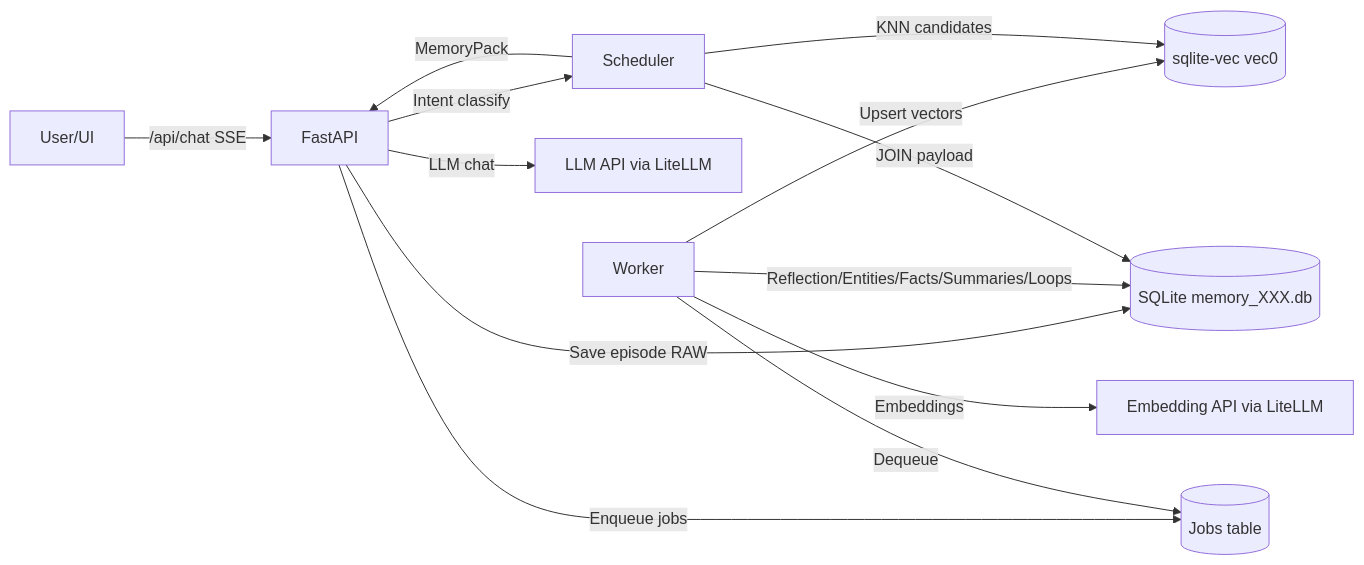
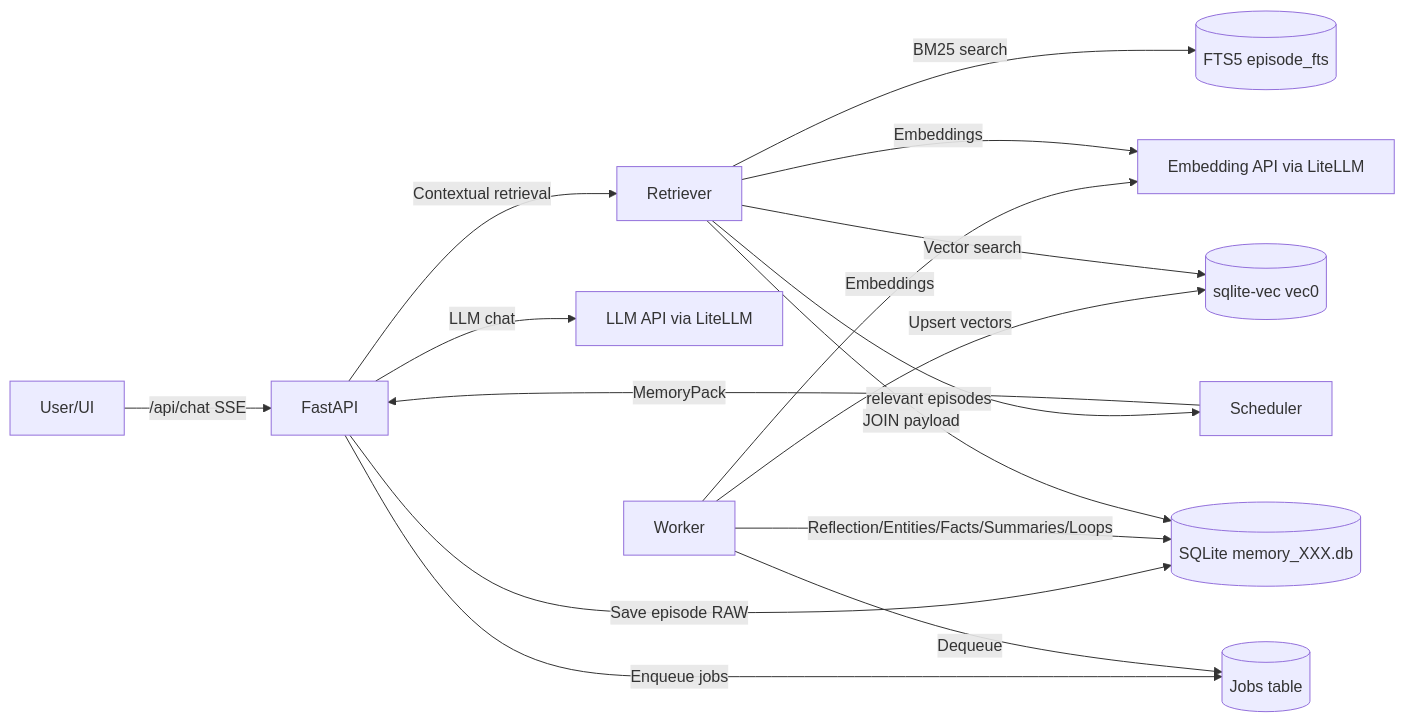
The first of 5 diagrams in docs/architecture.md (hirona98/cocoro_ghost), drawn with Mermaid before and after one commit. The commit also changed other lines of this file and 5 other files, not shown here.

````diff
--- a/docs/architecture.md
+++ b/docs/architecture.md
@@ -25,15 +29,18 @@
 ```mermaid
 flowchart LR
   U[User/UI] -->|/api/chat SSE| API[FastAPI]
-  API -->|Intent classify| SCH[Scheduler]
+  API -->|Contextual retrieval| RET[Retriever]
+  RET -->|relevant episodes| SCH[Scheduler]
   SCH -->|MemoryPack| API
-	  API -->|LLM chat| LLM[LLM API via LiteLLM]
-	  API -->|Save episode RAW| DB[(SQLite memory_XXX.db)]
-	  API -->|Enqueue jobs| Q[(Jobs table)]
-	  W[Worker] -->|Dequeue| Q
-	  W -->|Reflection/Entities/Facts/Summaries/Loops| DB
-	  W -->|Embeddings| EMB[Embedding API via LiteLLM]
-	  W -->|Upsert vectors| VEC[(sqlite-vec vec0)]
-  SCH -->|KNN candidates| VEC
-  SCH -->|JOIN payload| DB
+  API -->|LLM chat| LLM[LLM API via LiteLLM]
+  API -->|Save episode RAW| DB[(SQLite memory_XXX.db)]
+  API -->|Enqueue jobs| Q[(Jobs table)]
+  W[Worker] -->|Dequeue| Q
+  W -->|Reflection/Entities/Facts/Summaries/Loops| DB
+  W -->|Embeddings| EMB[Embedding API via LiteLLM]
+  W -->|Upsert vectors| VEC[(sqlite-vec vec0)]
+  RET -->|Embeddings| EMB
+  RET -->|Vector search| VEC
+  RET -->|BM25 search| FTS[(FTS5 episode_fts)]
+  RET -->|JOIN payload| DB
 ```
````
